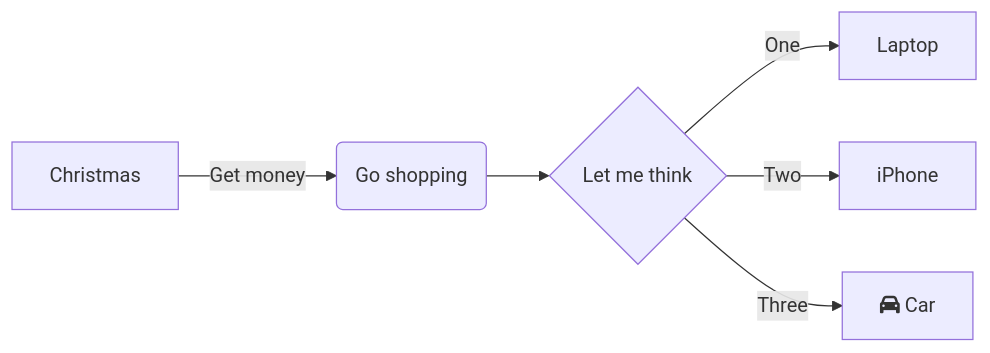
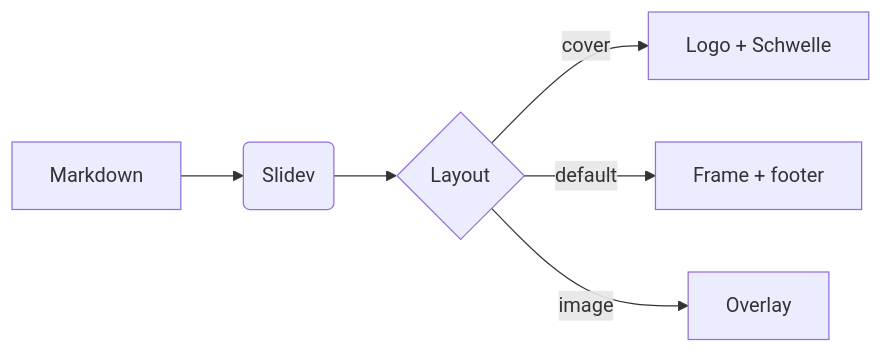
Before and after one commit to JonJon29/DB-Slidev: the diagram in example.md, drawn with Mermaid. The commit also changed other lines of this file and 32 other files, not shown here.

````diff
--- a/example.md
+++ b/example.md
@@ -100,8 +286,8 @@
 ```mermaid
 graph LR
-    A[Christmas] -->|Get money| B(Go shopping)
-    B --> C{Let me think}
-    C -->|One| D[Laptop]
-    C -->|Two| E[iPhone]
-    C -->|Three| F[fa:fa-car Car]
+    A[Markdown] --> B(Slidev)
+    B --> C{Layout}
+    C -->|cover| D[Logo + Schwelle]
+    C -->|default| E[Frame + footer]
+    C -->|image| F[Overlay]
 ```
````
